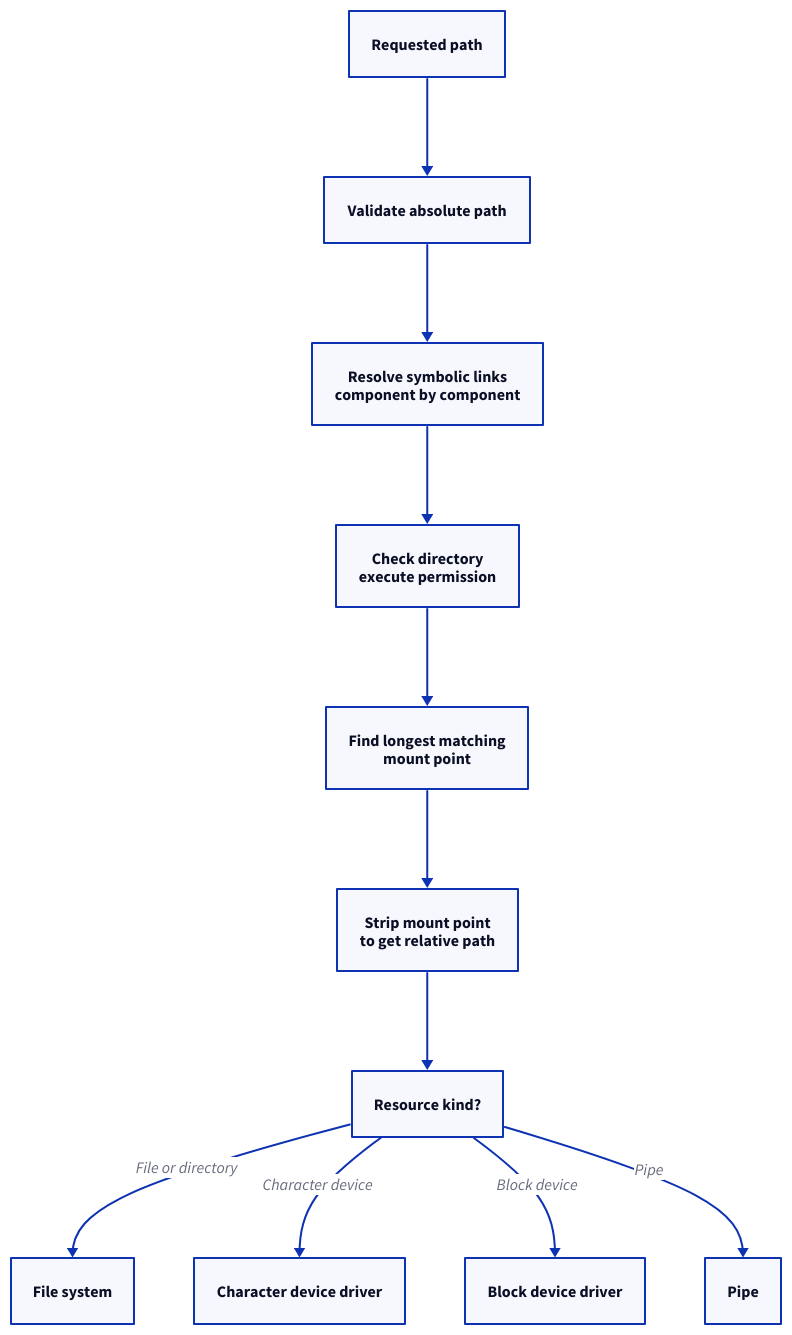
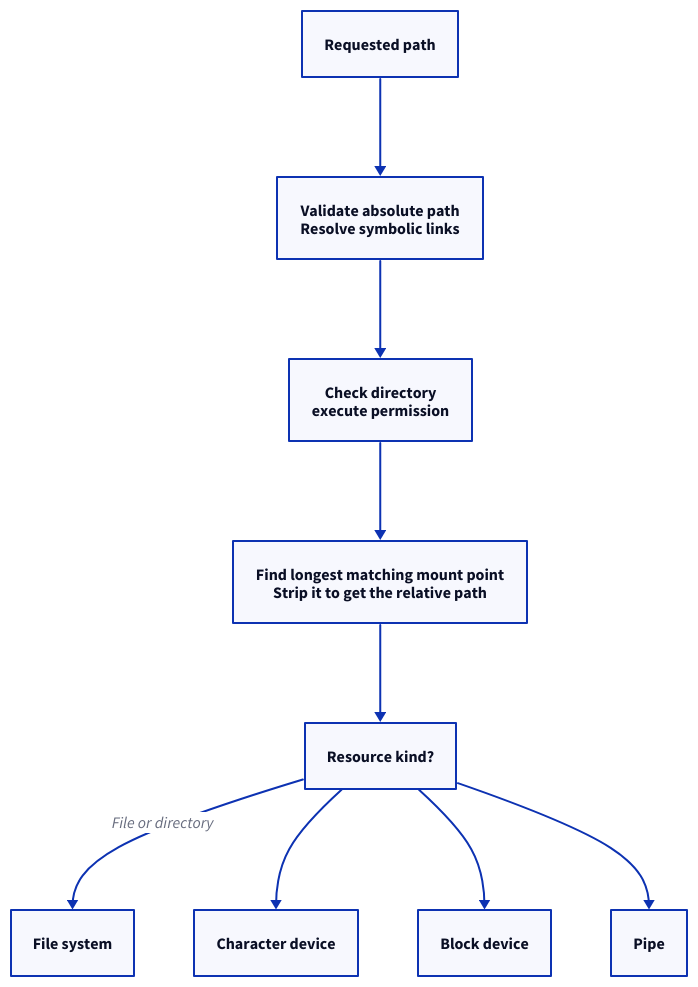
Before and after one commit to xila-project/website: the first of 2 diagrams in src/content/docs/explanation/architecture/subsystems/virtual_file_system.mdx, drawn with D2. The commit also changed other lines of this file and 7 other files, not shown here.

First line of the commit message:
docs(diagrams): fix the subsystem diagrams after review

````diff
--- a/src/content/docs/explanation/architecture/subsystems/virtual_file_system.mdx
+++ b/src/content/docs/explanation/architecture/subsystems/virtual_file_system.mdx
@@ -35,26 +35,22 @@
 ```d2 title="Path resolution and permission check in the virtual file system"
 direction: down
 
 requested: "Requested path" { class: io }
-validate: "Validate absolute path" { class: component }
-symlinks: "Resolve symbolic links\ncomponent by component" { class: component }
+validate: "Validate absolute path\nResolve symbolic links" { class: component }
 permission: "Check directory\nexecute permission" { class: component }
-mount: "Find longest matching\nmount point" { class: component }
-strip: "Strip mount point\nto get relative path" { class: component }
+mount: "Find longest matching mount point\nStrip it to get the relative path" { class: component }
 kind: "Resource kind?" { class: decision }
 file_system: "File system" { class: stored }
-character: "Character device driver" { class: hardware }
-block: "Block device driver" { class: hardware }
+character: "Character device" { class: component }
+block: "Block device" { class: component }
 pipe: "Pipe" { class: component }
 
 requested -> validate
-validate -> symlinks
-symlinks -> permission
+validate -> permission
 permission -> mount
-mount -> strip
-strip -> kind
+mount -> kind
 kind -> file_system: "File or directory"
-kind -> character: "Character device"
-kind -> block: "Block device"
-kind -> pipe: "Pipe"
+kind -> character
+kind -> block
+kind -> pipe
 ```
````
